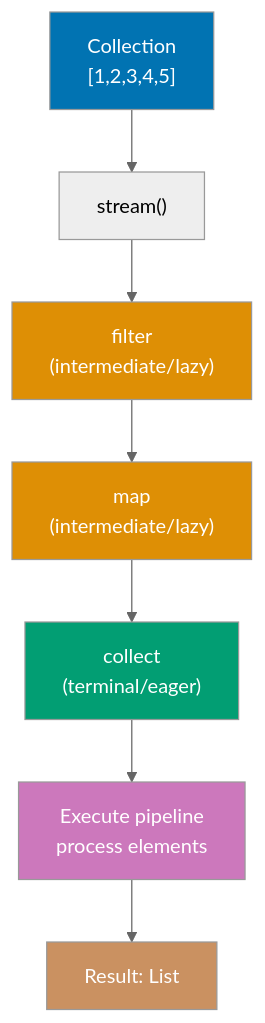
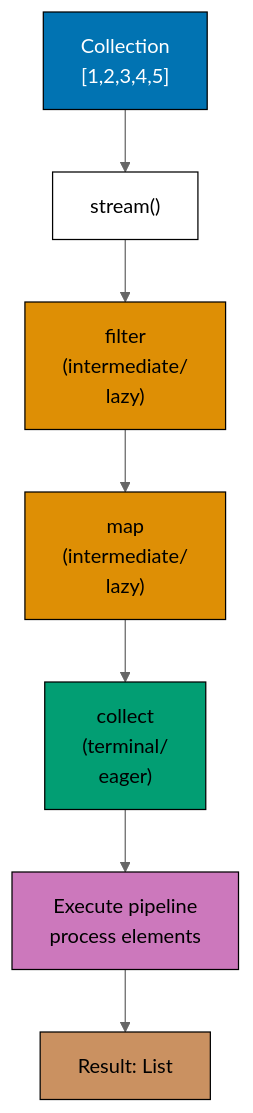
Before and after one commit to wahidyankf/ose-public: the sixth of 11 diagrams in apps/ayokoding-www/content/en/learn/legacy/software-engineering/programming-languages/java/by-example/intermediate.md, drawn with Mermaid (neutral theme). The commit also changed other lines of this file and 112 other files, not shown here.

First line of the commit message:
fix(mermaid): bring the legacy programming-languages diagrams onto the accessible palette

````diff
--- a/apps/ayokoding-www/content/en/learn/legacy/software-engineering/programming-languages/java/by-example/intermediate.md
+++ b/apps/ayokoding-www/content/en/learn/legacy/software-engineering/programming-languages/java/by-example/intermediate.md
@@ -1234,18 +1272,26 @@
 ```mermaid
 %% Color Palette: Blue #0173B2, Orange #DE8F05, Teal #029E73, Purple #CC78BC, Brown #CA9161
 graph TD
+    accTitle: Example 45: Stream Pipeline Optimization
+    accDescr: Graph with 7 nodes and 6 connections. Nodes: Collection [1,2,3,4,5], stream4041, filter 40intermediate/ lazy41, map 40intermediate/ lazy41, collect 40terminal/ eager41, Execute pipeline process elements, Result: List. Connections: Collection [1,2,3,4,5] to stream4041, stream4041 to filter 40intermediate/ lazy41, filter 40intermediate/ lazy41 to map 40intermediate/ lazy41, map 40intermediate/ lazy41 to collect 40terminal/ eager41, collect 40terminal/ eager41 to Execute pipeline process elements, Execute pipeline process elements to Result: List.
     Source["Collection<br/>[1,2,3,4,5]"] --> Stream["stream#40;#41;"]
-    Stream --> Filter["filter<br/>#40;intermediate/lazy#41;"]
-    Filter --> Map["map<br/>#40;intermediate/lazy#41;"]
-    Map --> Terminal["collect<br/>#40;terminal/eager#41;"]
+    Stream --> Filter["filter<br/>#40;intermediate/<br/>lazy#41;"]
+    Filter --> Map["map<br/>#40;intermediate/<br/>lazy#41;"]
+    Map --> Terminal["collect<br/>#40;terminal/<br/>eager#41;"]
     Terminal --> Execute["Execute pipeline<br/>process elements"]
 
     Execute --> Result["Result: List"]
 
-    style Source fill:#0173B2,color:#fff
-    style Filter fill:#DE8F05,color:#fff
-    style Map fill:#DE8F05,color:#fff
-    style Terminal fill:#029E73,color:#fff
-    style Execute fill:#CC78BC,color:#fff
-    style Result fill:#CA9161,color:#fff
+    classDef pal-0173B2 fill:#0173B2,stroke:#000000,color:#FFFFFF
+    class Source pal-0173B2
+    classDef pal-DE8F05 fill:#DE8F05,stroke:#000000,color:#000000
+    class Filter pal-DE8F05
+    class Map pal-DE8F05
+    classDef pal-029E73 fill:#029E73,stroke:#000000,color:#000000
+    class Terminal pal-029E73
+    classDef pal-CC78BC fill:#CC78BC,stroke:#000000,color:#000000
+    class Execute pal-CC78BC
+    classDef pal-CA9161 fill:#CA9161,stroke:#000000,color:#000000
+    class Result pal-CA9161
+    classDef default fill:#FFFFFF,stroke:#000000,color:#000000
 ```
````
